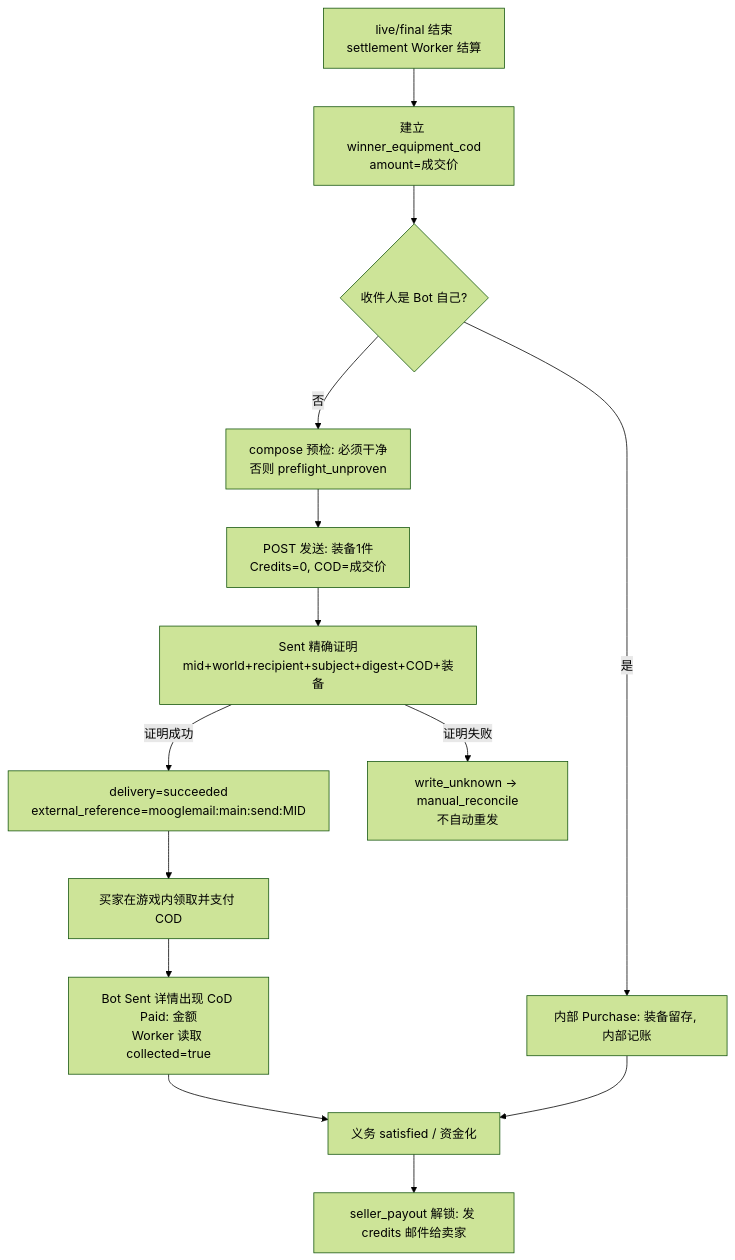
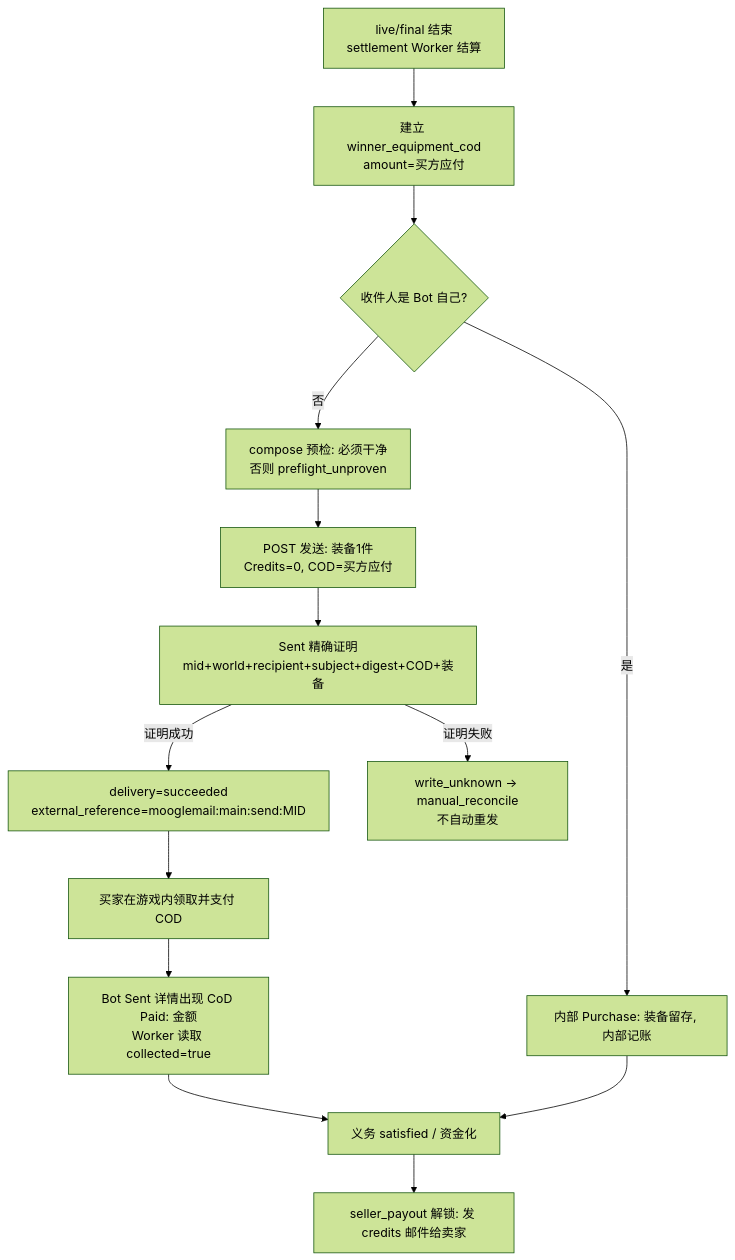
The first of 3 diagrams in docs/guide/cod-settlement-flow.md (ngnlAYY/Auction), drawn with Mermaid (forest theme) before and after one commit. The commit also changed other lines of this file and 77 other files, not shown here.

````diff
--- a/docs/guide/cod-settlement-flow.md
+++ b/docs/guide/cod-settlement-flow.md
@@ -19,16 +23,16 @@
 ```mermaid
 flowchart TD
-  A[live/final 结束<br/>settlement Worker 结算] --> B[建立 winner_equipment_cod<br/>amount=成交价]
+  A[live/final 结束<br/>settlement Worker 结算] --> B[建立 winner_equipment_cod<br/>amount=买方应付]
   B --> C{收件人是 Bot 自己?}
   C -- 否 --> D[compose 预检: 必须干净<br/>否则 preflight_unproven]
-  D --> E[POST 发送: 装备1件<br/>Credits=0, COD=成交价]
+  D --> E[POST 发送: 装备1件<br/>Credits=0, COD=买方应付]
   E --> F[Sent 精确证明<br/>mid+world+recipient+subject+digest+COD+装备]
   F -- 证明成功 --> G[delivery=succeeded<br/>external_reference=mooglemail:main:send:MID]
   F -- 证明失败 --> H[write_unknown → manual_reconcile<br/>不自动重发]
   G --> I[买家在游戏内领取并支付 COD]
   I --> J[Bot Sent 详情出现 CoD Paid: 金额<br/>Worker 读取 collected=true]
   J --> K[义务 satisfied / 资金化]
   K --> L[seller_payout 解锁: 发 credits 邮件给卖家]
   C -- 是 --> M[内部 Purchase: 装备留存, 内部记账]
   M --> K
 ```
````
